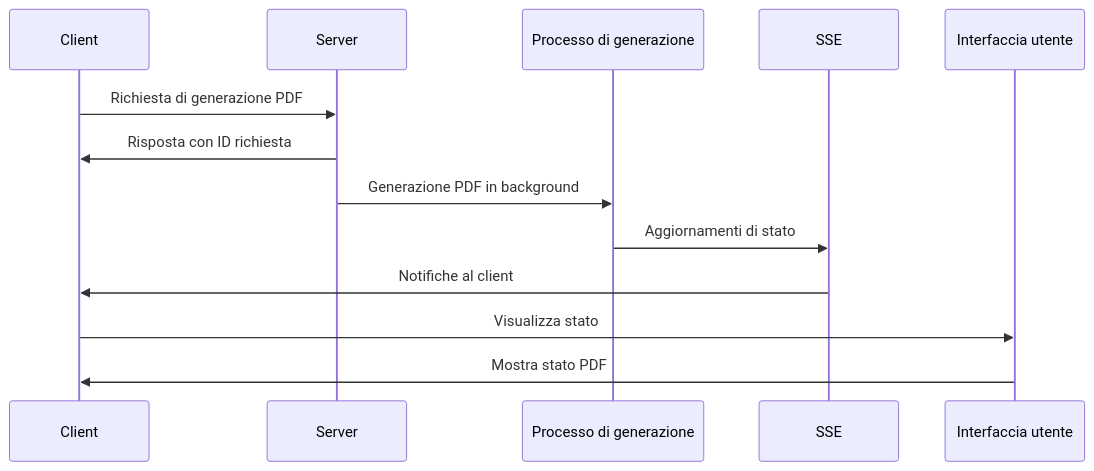
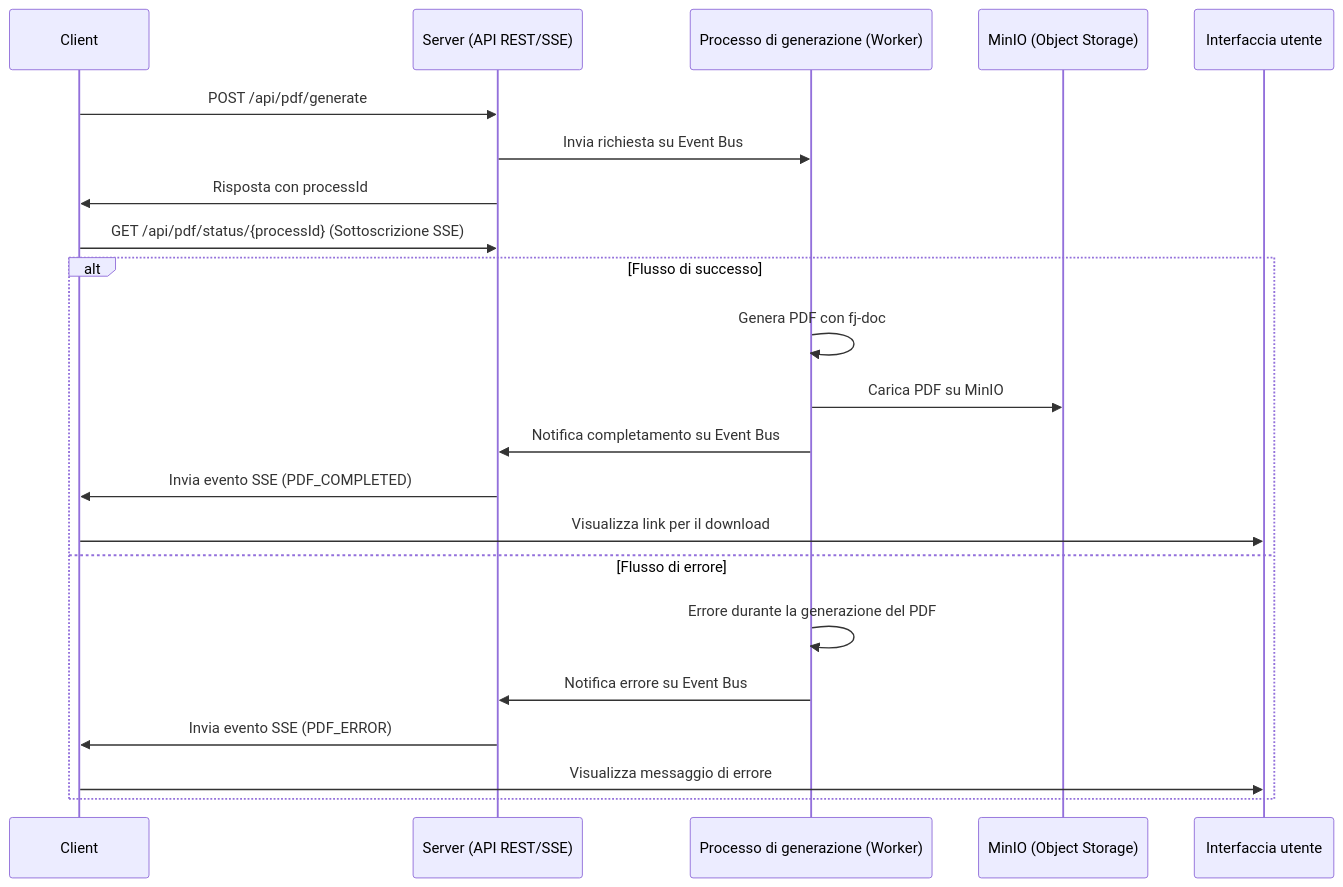
One commit to amusarra/quarkus-sse-poc changed the diagram in src/docs/blog/article/come-gestire-task-asincroni-con-sse-quarkus.md. Above: the diagram before and after it, drawn with Mermaid. The commit also changed other lines of this file and 2 other files, not shown here.

````diff
--- a/src/docs/blog/article/come-gestire-task-asincroni-con-sse-quarkus.md
+++ b/src/docs/blog/article/come-gestire-task-asincroni-con-sse-quarkus.md
@@ -64,16 +63,26 @@
 ```mermaid
 sequenceDiagram
-    participant A as Client
-    participant B as Server
-    participant C as Processo di generazione
-    participant D as SSE
-    participant E as Interfaccia utente
+   participant A as Client
+   participant B as Server (API REST/SSE)
+   participant C as Processo di generazione (Worker)
+   participant D as MinIO (Object Storage)
+   participant E as Interfaccia utente
 
-    A->>B: Richiesta di generazione PDF
-    B->>A: Risposta con ID richiesta
-    B->>C: Generazione PDF in background
-    C->>D: Aggiornamenti di stato
-    D->>A: Notifiche al client
-    A->>E: Visualizza stato
-    E->>A: Mostra stato PDF
+   A->>B: POST /api/pdf/generate
+   B->>C: Invia richiesta su Event Bus
+   B->>A: Risposta con processId
+   A->>B: GET /api/pdf/status/{processId} (Sottoscrizione SSE)
+
+   alt Flusso di successo
+      C->>C: Genera PDF con fj-doc
+      C->>D: Carica PDF su MinIO
+      C->>B: Notifica completamento su Event Bus
+      B->>A: Invia evento SSE (PDF_COMPLETED)
+      A->>E: Visualizza link per il download
+   else Flusso di errore
+      C->>C: Errore durante la generazione del PDF
+      C->>B: Notifica errore su Event Bus
+      B->>A: Invia evento SSE (PDF_ERROR)
+      A->>E: Visualizza messaggio di errore
+   end
 ```
````
